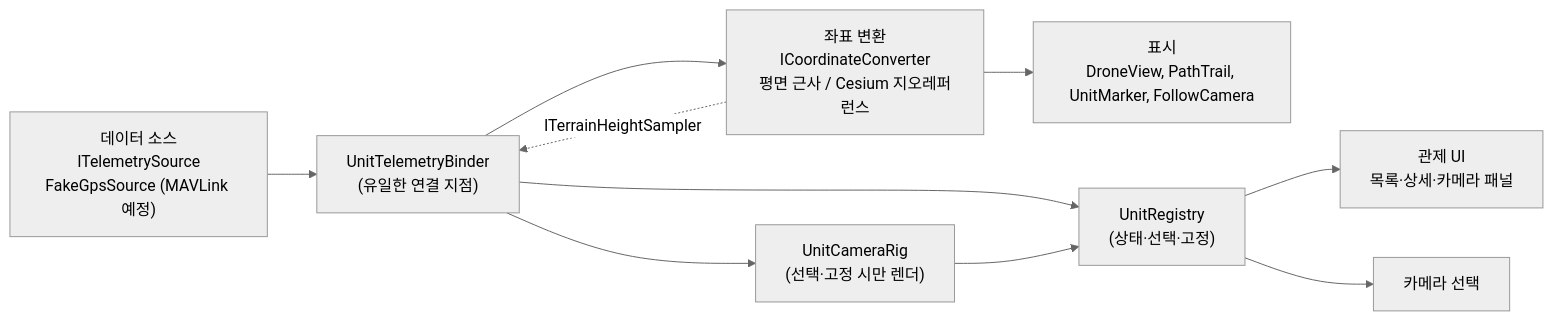
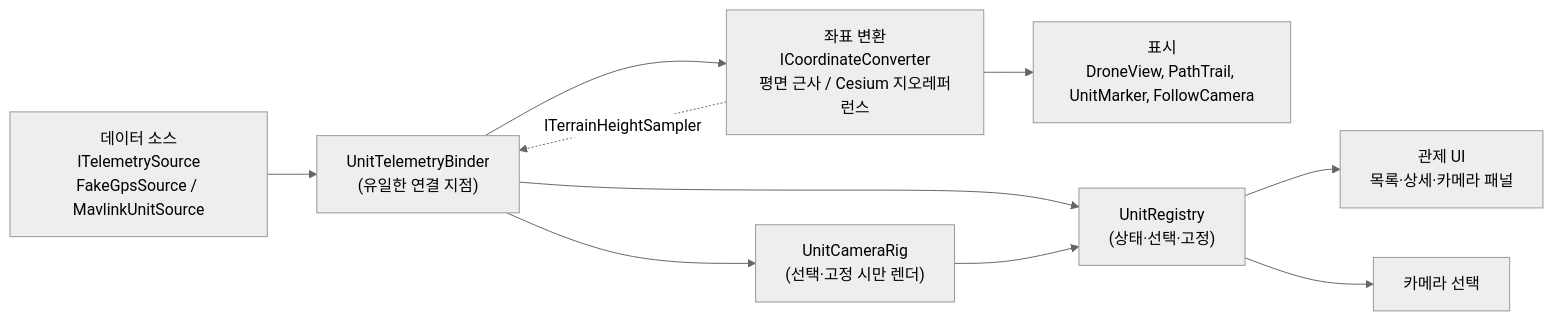
Before and after one commit to hsb020524/DroneC2: the diagram in README.md, drawn with Mermaid (neutral theme). The commit also changed other lines of this file and 5 other files, not shown here.

Commit message:
Stage 5-G: docs for stage 5 (devlog, README, requirements, architecture), screenshot, known limit and stage-6 candidates

````diff
--- a/README.md
+++ b/README.md
@@ -60,12 +66,12 @@
 ```mermaid
 flowchart LR
-    SRC["데이터 소스<br/>ITelemetrySource<br/>FakeGpsSource (MAVLink 예정)"] --> BIND["UnitTelemetryBinder<br/>(유일한 연결 지점)"]
+    SRC["데이터 소스<br/>ITelemetrySource<br/>FakeGpsSource / MavlinkUnitSource"] --> BIND["UnitTelemetryBinder<br/>(유일한 연결 지점)"]
     BIND --> CONV["좌표 변환<br/>ICoordinateConverter<br/>평면 근사 / Cesium 지오레퍼런스"]
     CONV --> VIEW["표시<br/>DroneView, PathTrail, UnitMarker, FollowCamera"]
     CONV -. "ITerrainHeightSampler" .-> BIND
     BIND --> REG["UnitRegistry<br/>(상태·선택·고정)"]
     REG --> UI["관제 UI<br/>목록·상세·카메라 패널"]
     REG --> CAM["카메라 선택"]
     BIND --> RIG["UnitCameraRig<br/>(선택·고정 시만 렌더)"]
     RIG --> REG
 ```
````
